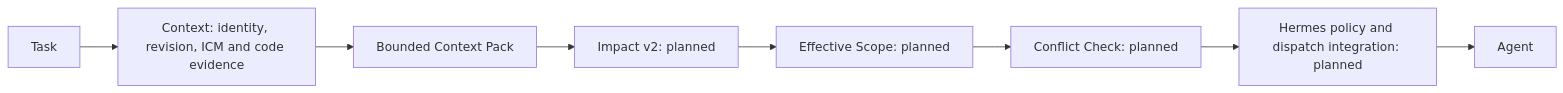
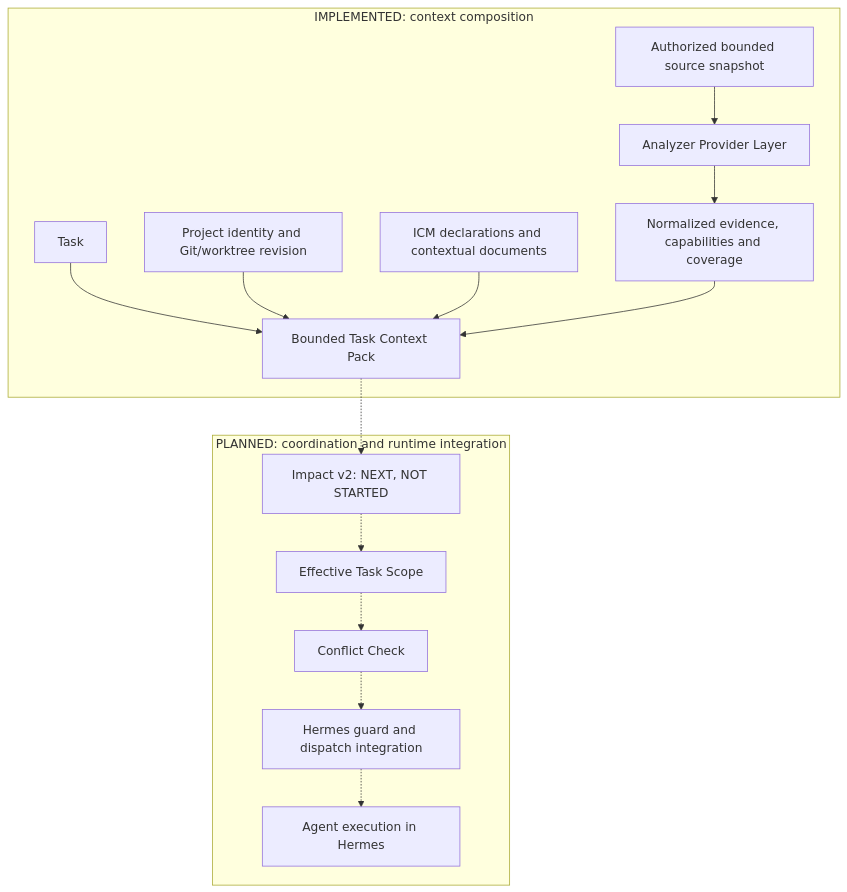
One commit to dinisroxo99/hermes-nexus changed the second of 3 diagrams in docs/ARCHITECTURE.md. Above: the diagram before and after it, drawn with Mermaid. The commit also changed other lines of this file and 2 other files, not shown here.

Commit message:
docs: clarify project origins and analyzer evidence boundaries

````diff
--- a/docs/ARCHITECTURE.md
+++ b/docs/ARCHITECTURE.md
@@ -76,10 +81,18 @@
 ```mermaid
-flowchart LR
-    T[Task] --> C["Context: identity, revision, ICM and code evidence"]
-    C --> P["Bounded Context Pack"]
-    P --> I["Impact v2: planned"]
-    I --> S["Effective Scope: planned"]
-    S --> F["Conflict Check: planned"]
-    F --> H["Hermes policy and dispatch integration: planned"]
-    H --> A[Agent]
+flowchart TB
+    subgraph CURRENT["IMPLEMENTED: context composition"]
+        T[Task] --> P["Bounded Task Context Pack"]
+        R["Project identity and Git/worktree revision"] --> P
+        ICM["ICM declarations and contextual documents"] --> P
+        S["Authorized bounded source snapshot"] --> AP["Analyzer Provider Layer"]
+        AP --> E["Normalized evidence, capabilities and coverage"]
+        E --> P
+    end
+    subgraph FUTURE["PLANNED: coordination and runtime integration"]
+        I["Impact v2: NEXT, NOT STARTED"] -.-> ES["Effective Task Scope"]
+        ES -.-> F["Conflict Check"]
+        F -.-> H["Hermes guard and dispatch integration"]
+        H -.-> A["Agent execution in Hermes"]
+    end
+    P -.-> I
 ```
````
